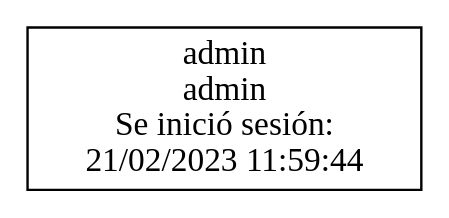
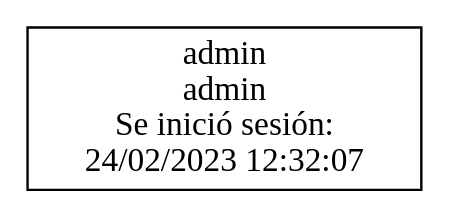
Before and after one commit to Barahona1602/Sistema-de-Archivos: the diagram in EDD_Proyecto1_Fase1/Inicios de sesión/estudiantes.dot, drawn with Graphviz. The commit also changed 13 other files, not shown here.

```diff
--- a/EDD_Proyecto1_Fase1/Inicios de sesión/estudiantes.dot
+++ b/EDD_Proyecto1_Fase1/Inicios de sesión/estudiantes.dot
@@ -1,12 +1,12 @@
 digraph {
 node [shape=box]
 {rank=same "admin
 admin 
 Se inició sesión:
-21/02/2023 11:59:44"}
+24/02/2023 12:32:07"}
 edge [dir=none]
 {rank=same "admin
 admin 
 Se inició sesión:
-21/02/2023 11:59:44"}
+24/02/2023 12:32:07"}
 }
```
